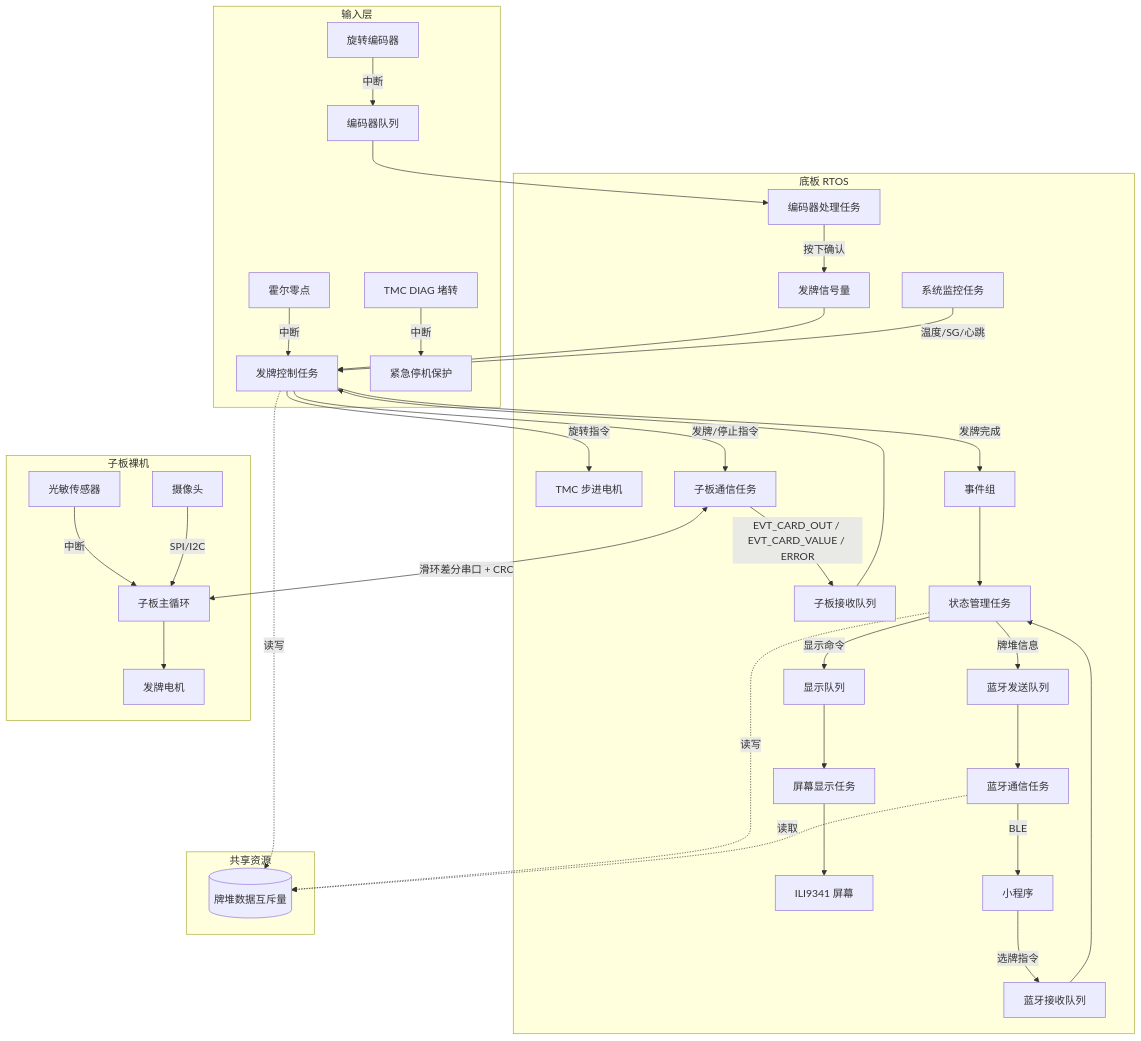
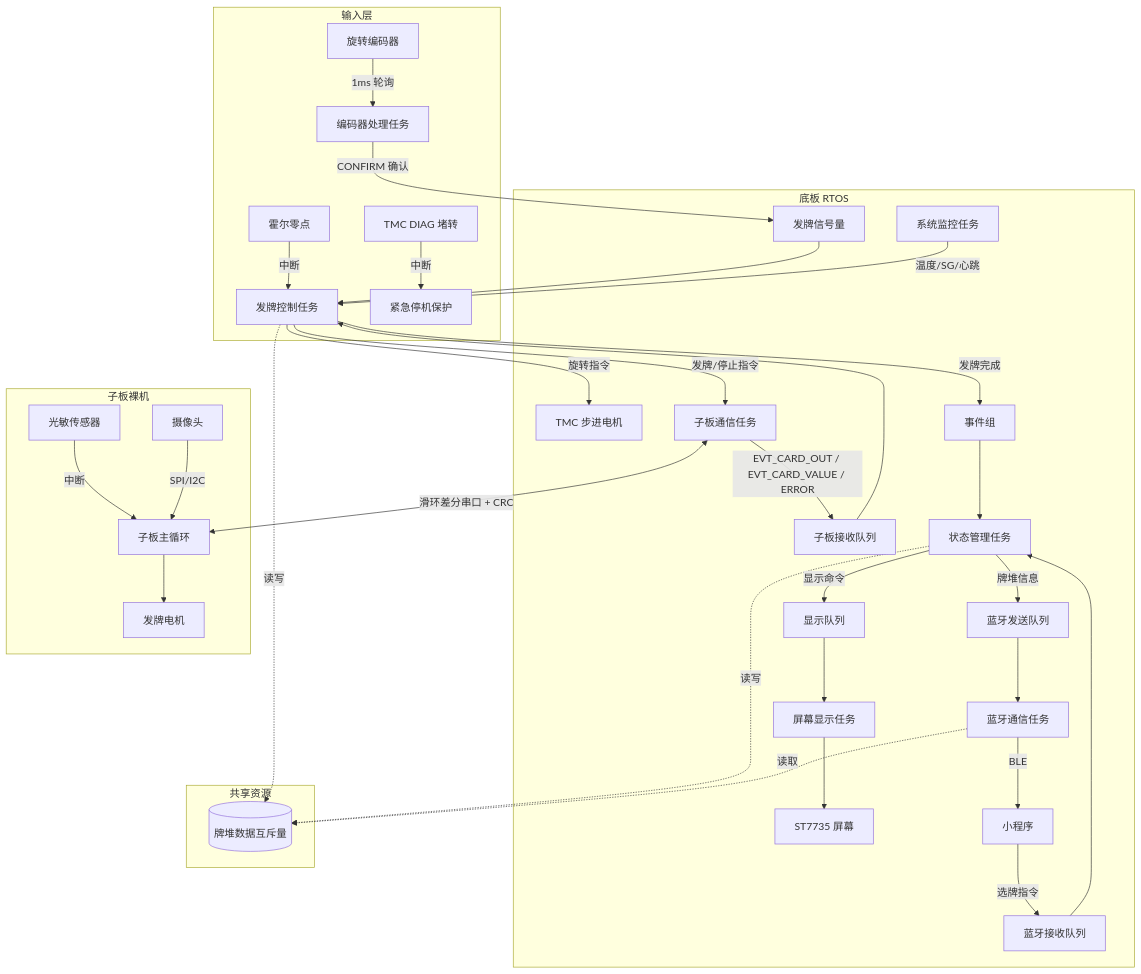
The second of 2 diagrams in docs/architecture_v2.md (psh25/Poker), drawn with Mermaid before and after one commit. The commit also changed other lines of this file and 13 other files, not shown here.

````diff
--- a/docs/architecture_v2.md
+++ b/docs/architecture_v2.md
@@ -244,43 +251,42 @@
 ```mermaid
 flowchart TD
     subgraph 输入层
-        Enc[旋转编码器] -->|中断| EncQ[编码器队列]
+        Enc[旋转编码器] -->|1ms 轮询| EncTask[编码器处理任务]
         Hall[霍尔零点] -->|中断| DealTask
         Diag[TMC DIAG 堵转] -->|中断| MotorStop[紧急停机保护]
     end
 
     subgraph 底板 RTOS
-        EncQ --> EncTask[编码器处理任务]
-        EncTask -->|按下确认| DealSem[发牌信号量]
+        EncTask -->|CONFIRM 确认| DealSem[发牌信号量]
         DealSem --> DealTask[发牌控制任务]
         DealTask -->|旋转指令| Motor[TMC 步进电机]
         DealTask -->|发牌/停止指令| SubComm[子板通信任务]
         SubComm -->|EVT_CARD_OUT / EVT_CARD_VALUE / ERROR| SubQ[子板接收队列]
         SubQ --> DealTask
         DealTask -->|发牌完成| StateEvt[事件组]
         StateEvt --> StateMgr[状态管理任务]
         StateMgr -->|显示命令| DispQ[显示队列]
         DispQ --> DispTask[屏幕显示任务]
-        DispTask --> Screen[ILI9341 屏幕]
+        DispTask --> Screen[ST7735 屏幕]
         StateMgr -->|牌堆信息| BTTxQ[蓝牙发送队列]
         BTTxQ --> BTTask[蓝牙通信任务]
         BTTask -->|BLE| Phone[小程序]
         Phone -->|选牌指令| BTRxQ[蓝牙接收队列]
         BTRxQ --> StateMgr
         Mon[系统监控任务] -->|温度/SG/心跳| DealTask
     end
 
     subgraph 子板裸机
         SubComm <-->|滑环差分串口 + CRC| SubLoop[子板主循环]
         SubLoop --> SubMotor[发牌电机]
         Photo[光敏传感器] -->|中断| SubLoop
         Cam[摄像头] -->|SPI/I2C| SubLoop
     end
 
     subgraph 共享资源
         Mutex[(牌堆数据互斥量)]
         StateMgr -.->|读写| Mutex
         DealTask -.->|读写| Mutex
         BTTask -.->|读取| Mutex
     end
 ```
````
